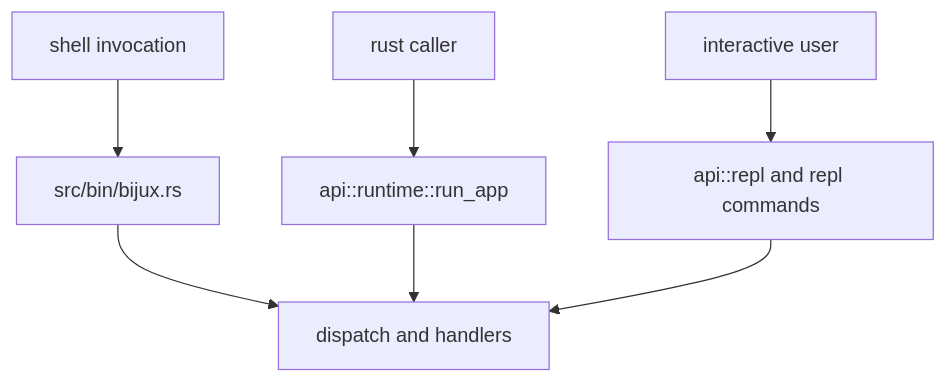
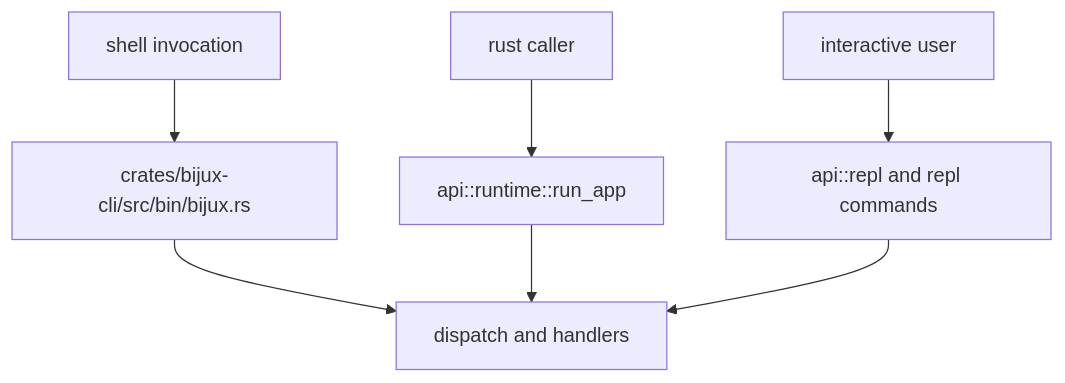
Before and after one commit to bijux/bijux-cli: the diagram in docs/bijux-cli/interfaces/entrypoints-and-examples.md, drawn with Mermaid. The commit also changed other lines of this file and 3 other files, not shown here.

````diff
--- a/docs/bijux-cli/interfaces/entrypoints-and-examples.md
+++ b/docs/bijux-cli/interfaces/entrypoints-and-examples.md
@@ -17,9 +17,9 @@
 ```mermaid
 flowchart TD
-    shell["shell invocation"] --> bin["src/bin/bijux.rs"]
+    shell["shell invocation"] --> bin["crates/bijux-cli/src/bin/bijux.rs"]
     rust["rust caller"] --> api["api::runtime::run_app"]
     interactive["interactive user"] --> repl["api::repl and repl commands"]
     bin --> dispatch["dispatch and handlers"]
     api --> dispatch
     repl --> dispatch
 ```
````
